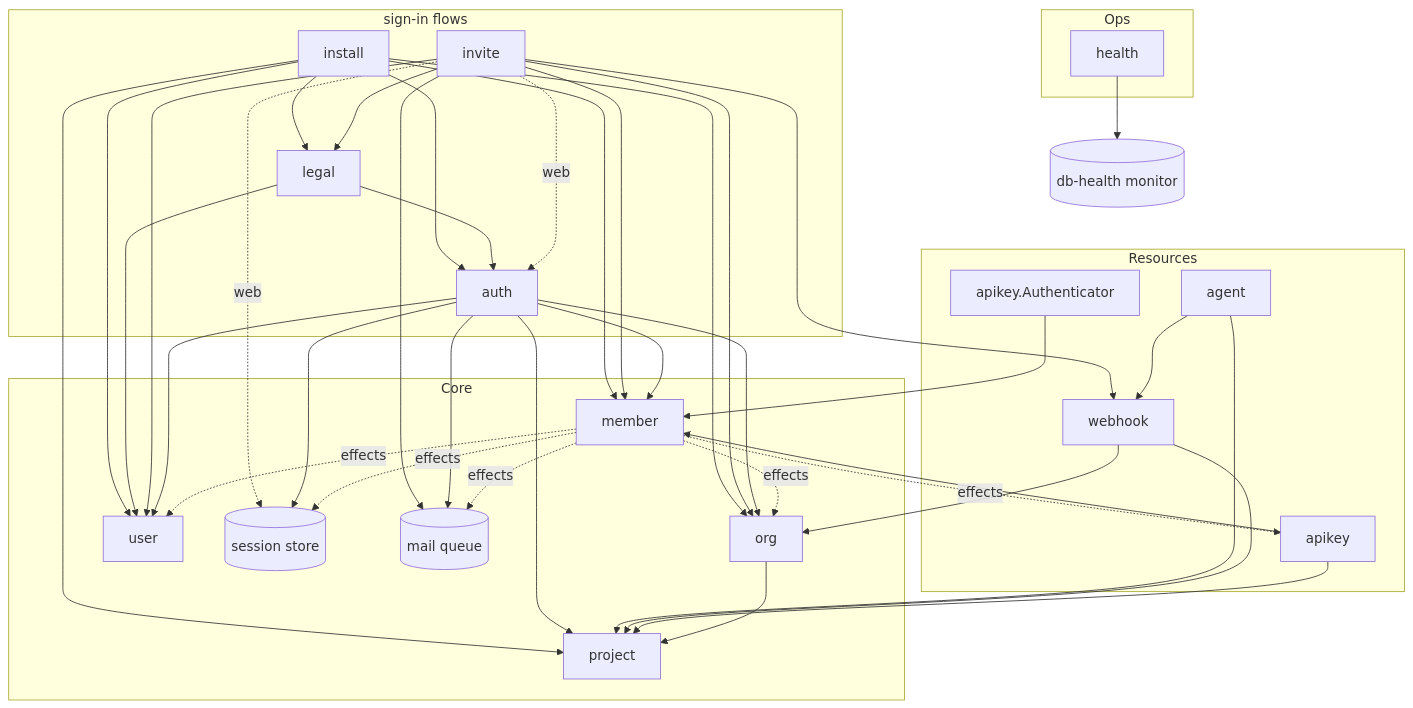
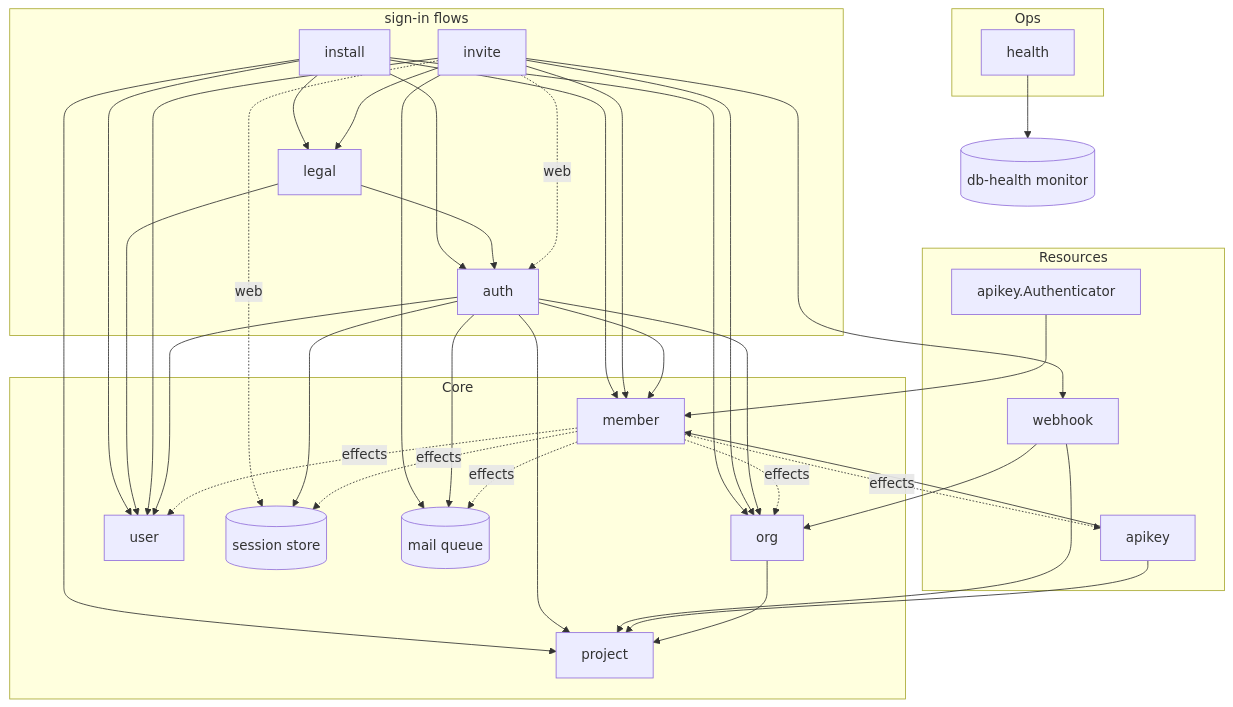
Before and after one commit to altalune-id/othra: the third of 3 diagrams in internal/boot/README.md, drawn with Mermaid. The commit also changed other lines of this file and 176 other files, not shown here.

````diff
--- a/internal/boot/README.md
+++ b/internal/boot/README.md
@@ -115,44 +114,41 @@
 ```mermaid
 flowchart TD
     subgraph Flows["sign-in flows"]
         install
         legal
         auth
         invite
     end
     subgraph Ops
         health
     end
     subgraph Resources
-        agent
         webhook
         apikey
         keyAuthn["apikey.Authenticator"]
     end
     subgraph Core
         org
         project
         member
         user
         sessions[(session store)]
         mailqueue[(mail queue)]
     end
 
     install --> auth
     legal --> auth
     install --> user & org & member & project & legal
     legal --> user
     invite --> member & user & org & mailqueue & webhook & legal
     invite -. web .-> auth & sessions
     auth --> user & member & org & project & sessions & mailqueue
 
-    agent --> webhook
-    agent --> project
     webhook --> project & org
     apikey --> project & member
     keyAuthn --> member
     member -. effects .-> sessions & apikey & user & org & mailqueue
     health --> dbh[(db-health monitor)]
 
     org --> project
 ```
````
